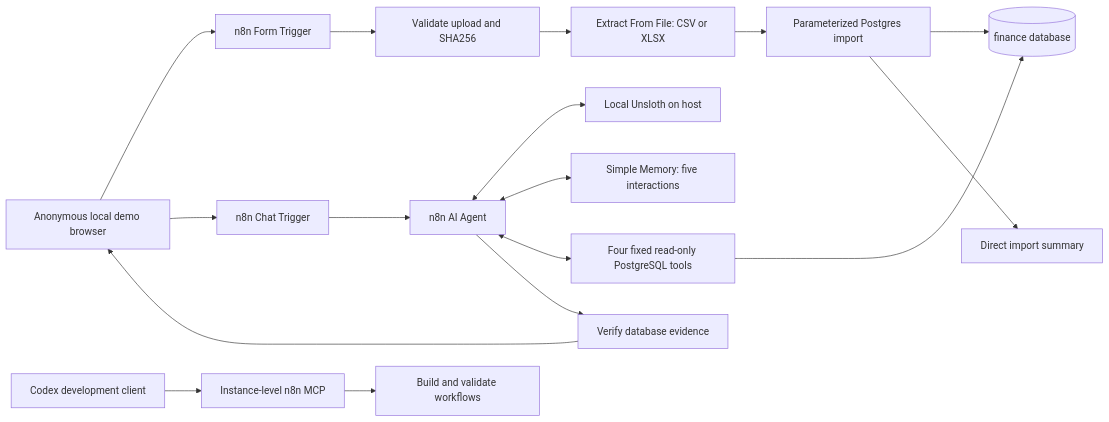
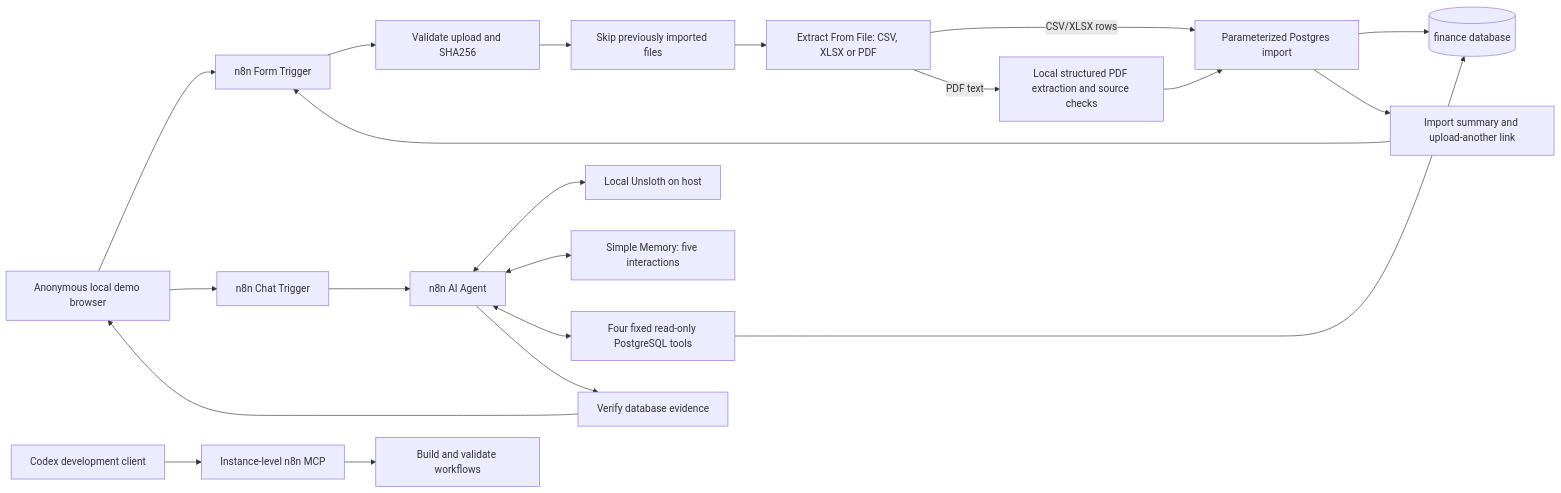
One commit to HajekMartin/agents-course-laba changed the diagram in 02/README.md. Above: the diagram before and after it, drawn with Mermaid. The commit also changed other lines of this file and 12 other files, not shown here.

````diff
--- a/02/README.md
+++ b/02/README.md
@@ -44,19 +44,23 @@
 ```mermaid
 flowchart LR
   Browser[Anonymous local demo browser] --> Form[n8n Form Trigger]
   Form --> Validate[Validate upload and SHA256]
-  Validate --> Extract[Extract From File: CSV or XLSX]
-  Extract --> Import[Parameterized Postgres import]
+  Validate --> Cached[Skip previously imported files]
+  Cached --> Extract[Extract From File: CSV, XLSX or PDF]
+  Extract -->|CSV/XLSX rows| Import[Parameterized Postgres import]
+  Extract -->|PDF text| PDF[Local structured PDF extraction and source checks]
+  PDF --> Import
   Import --> DB[(finance database)]
-  Import --> Summary[Direct import summary]
+  Import --> Summary[Import summary and upload-another link]
+  Summary --> Form
   Browser --> Chat[n8n Chat Trigger]
   Chat --> Agent[n8n AI Agent]
   Agent <--> Model[Local Unsloth on host]
   Agent <--> Memory[Simple Memory: five interactions]
   Agent <--> Tools[Four fixed read-only PostgreSQL tools]
   Tools --> DB
   Agent --> Evidence[Verify database evidence]
   Evidence --> Browser
   Codex[Codex development client] --> MCP[Instance-level n8n MCP]
   MCP --> Workflows[Build and validate workflows]
 ```
````
